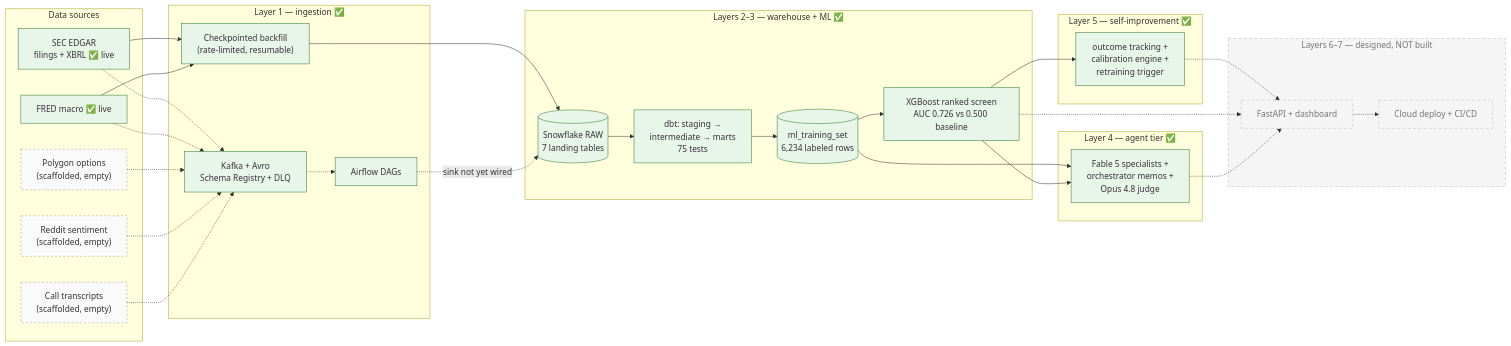
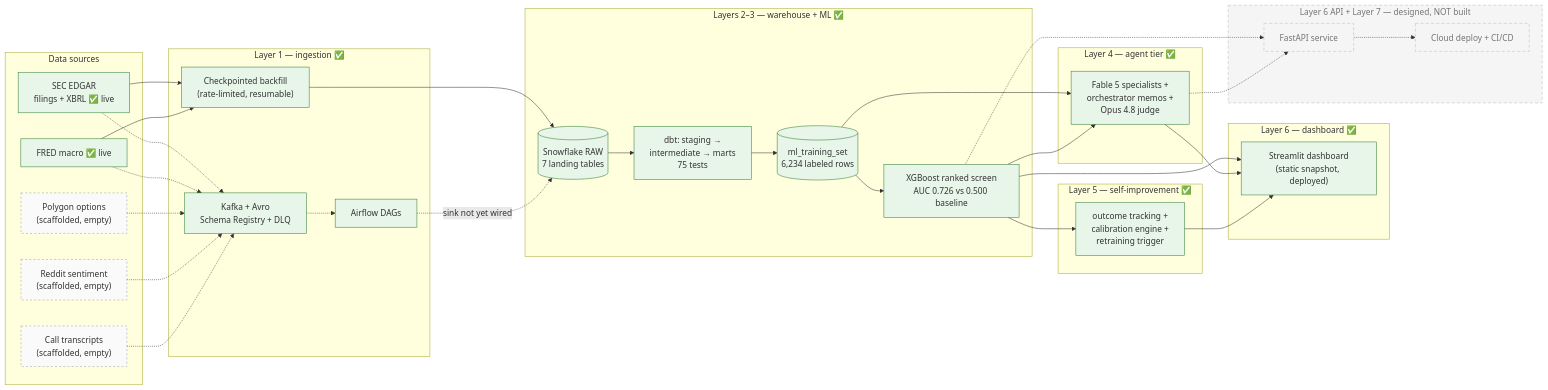
The diagram in README.md (bhavyaupadhyayy/EDGAR-X), drawn with Mermaid before and after one commit. The commit also changed other lines of this file and 21 other files, not shown here.

First line of the commit message:
Layer 6: Streamlit dashboard on a committed static snapshot (zero live deps)

````diff
--- a/README.md
+++ b/README.md
@@ -30,60 +32,66 @@
 ```mermaid
 flowchart LR
     subgraph sources["Data sources"]
         EDGAR["SEC EDGAR<br/>filings + XBRL ✅ live"]
         FRED["FRED macro ✅ live"]
         OPT["Polygon options<br/>(scaffolded, empty)"]
         SENT["Reddit sentiment<br/>(scaffolded, empty)"]
         TRAN["Call transcripts<br/>(scaffolded, empty)"]
     end
 
     subgraph ingest["Layer 1 — ingestion ✅"]
         KAFKA["Kafka + Avro<br/>Schema Registry + DLQ"]
         AIRFLOW["Airflow DAGs"]
         BACKFILL["Checkpointed backfill<br/>(rate-limited, resumable)"]
     end
 
     subgraph warehouse["Layers 2–3 — warehouse + ML ✅"]
         RAW[("Snowflake RAW<br/>7 landing tables")]
         DBT["dbt: staging →<br/>intermediate → marts<br/>75 tests"]
         MLSET[("ml_training_set<br/>6,234 labeled rows")]
         XGB["XGBoost ranked screen<br/>AUC 0.726 vs 0.500 baseline"]
     end
 
     subgraph agents_l4["Layer 4 — agent tier ✅"]
         AGENTS["Fable 5 specialists +<br/>orchestrator memos +<br/>Opus 4.8 judge"]
     end
 
     subgraph selfimprove_l5["Layer 5 — self-improvement ✅"]
         CALIB["outcome tracking +<br/>calibration engine +<br/>retraining trigger"]
     end
 
-    subgraph planned["Layers 6–7 — designed, NOT built"]
-        API["FastAPI + dashboard"]
+    subgraph dash_l6["Layer 6 — dashboard ✅"]
+        DASH["Streamlit dashboard<br/>(static snapshot, deployed)"]
+    end
+
+    subgraph planned["Layer 6 API + Layer 7 — designed, NOT built"]
+        API["FastAPI service"]
         DEPLOY["Cloud deploy + CI/CD"]
     end
 
     EDGAR --> BACKFILL --> RAW
     FRED --> BACKFILL
     EDGAR -.-> KAFKA
     FRED -.-> KAFKA
     OPT -.-> KAFKA
     SENT -.-> KAFKA
     TRAN -.-> KAFKA
     KAFKA -.-> AIRFLOW
     AIRFLOW -. "sink not yet wired" .-> RAW
     RAW --> DBT --> MLSET --> XGB
     MLSET --> AGENTS
     XGB --> AGENTS
     XGB --> CALIB
-    CALIB -.-> API
+    XGB --> DASH
+    AGENTS --> DASH
+    CALIB --> DASH
     XGB -.-> API
     AGENTS -.-> API -.-> DEPLOY
 
     classDef live fill:#e8f5e9,stroke:#2e7d32
     classDef empty fill:#fafafa,stroke:#9e9e9e,stroke-dasharray:4 4
     classDef future fill:#f5f5f5,stroke:#bdbdbd,stroke-dasharray:6 4,color:#757575
-    class EDGAR,FRED,KAFKA,AIRFLOW,BACKFILL,RAW,DBT,MLSET,XGB,AGENTS,CALIB live
+    class EDGAR,FRED,KAFKA,AIRFLOW,BACKFILL,RAW,DBT,MLSET,XGB,AGENTS,CALIB,DASH live
     class OPT,SENT,TRAN empty
     class API,DEPLOY,planned future
 ```
````
